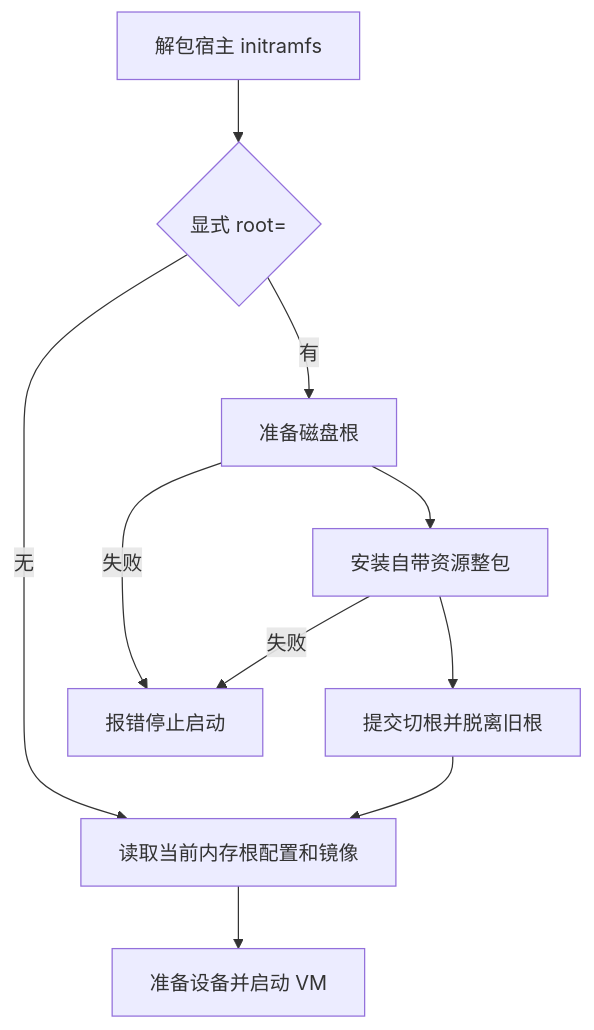
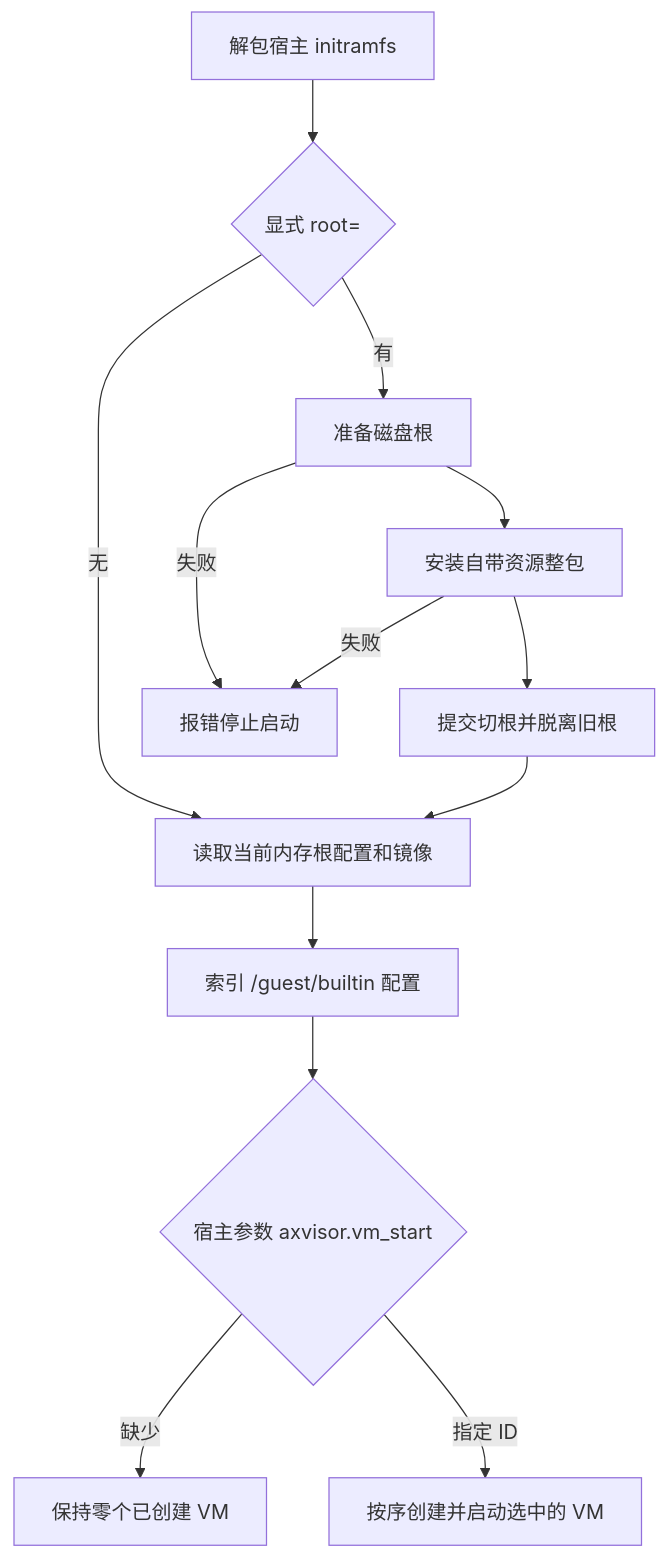
Before and after one commit to Alayfolk64/tgoskits: the diagram in docs/docs/build/axvisor/runtime.md, drawn with Mermaid. The commit also changed other lines of this file and 107 other files, not shown here.

First line of the commit message:
feat(axvisor): make guest startup command-line driven (#2618)

````diff
--- a/docs/docs/build/axvisor/runtime.md
+++ b/docs/docs/build/axvisor/runtime.md
@@ -14,12 +14,15 @@
 ```mermaid
 flowchart TD
     A[解包宿主 initramfs] --> B{显式 root=}
     B -->|无| G[读取当前内存根配置和镜像]
     B -->|有| C[准备磁盘根]
     C --> D[安装自带资源整包]
     D --> E[提交切根并脱离旧根]
     E --> G
     C -->|失败| F[报错停止启动]
     D -->|失败| F
-    G --> H[准备设备并启动 VM]
+    G --> H[索引 /guest/builtin 配置]
+    H --> I{宿主参数 axvisor.vm_start}
+    I -->|缺少| J[保持零个已创建 VM]
+    I -->|指定 ID| K[按序创建并启动选中的 VM]
 ```
````
